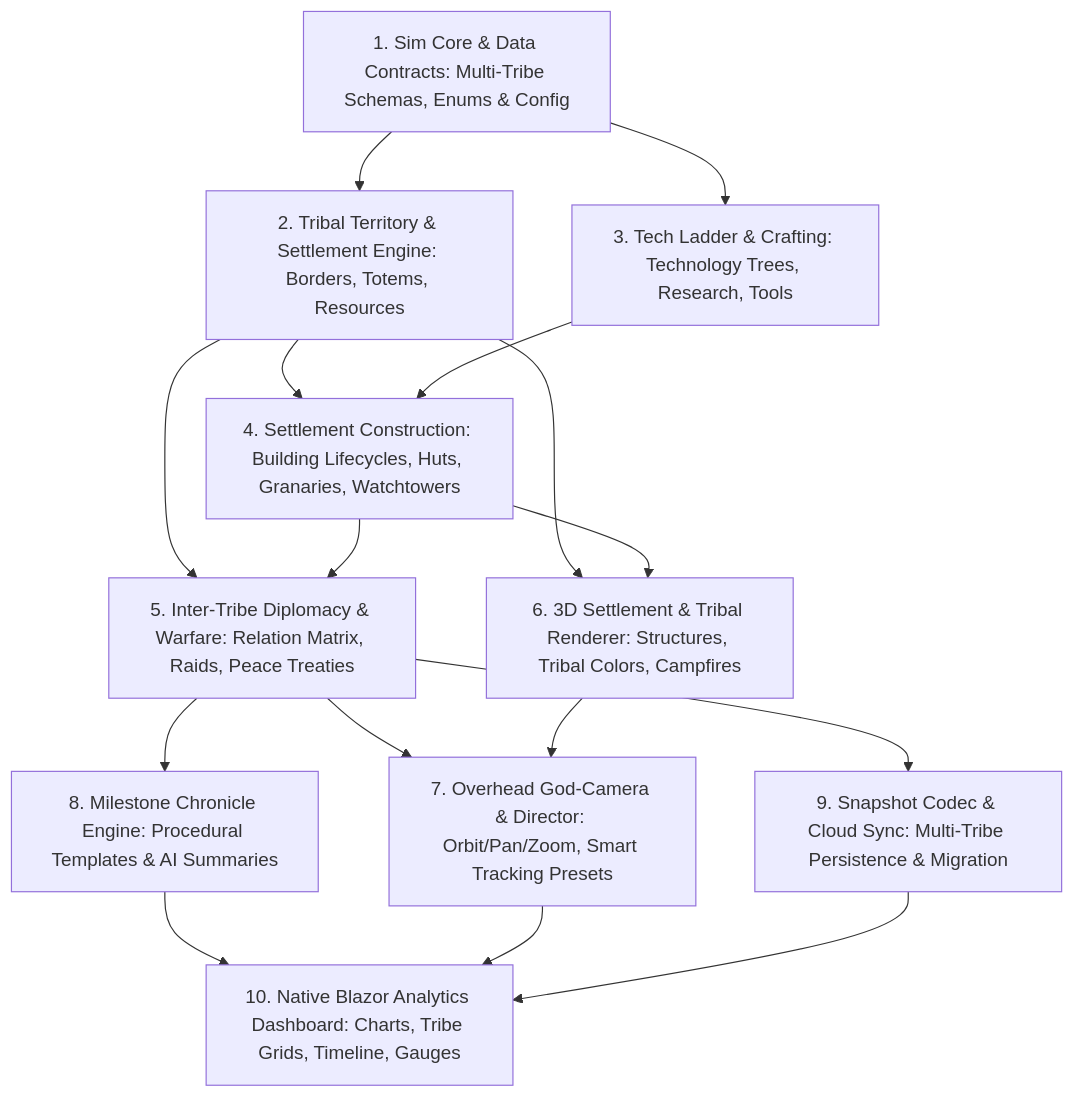
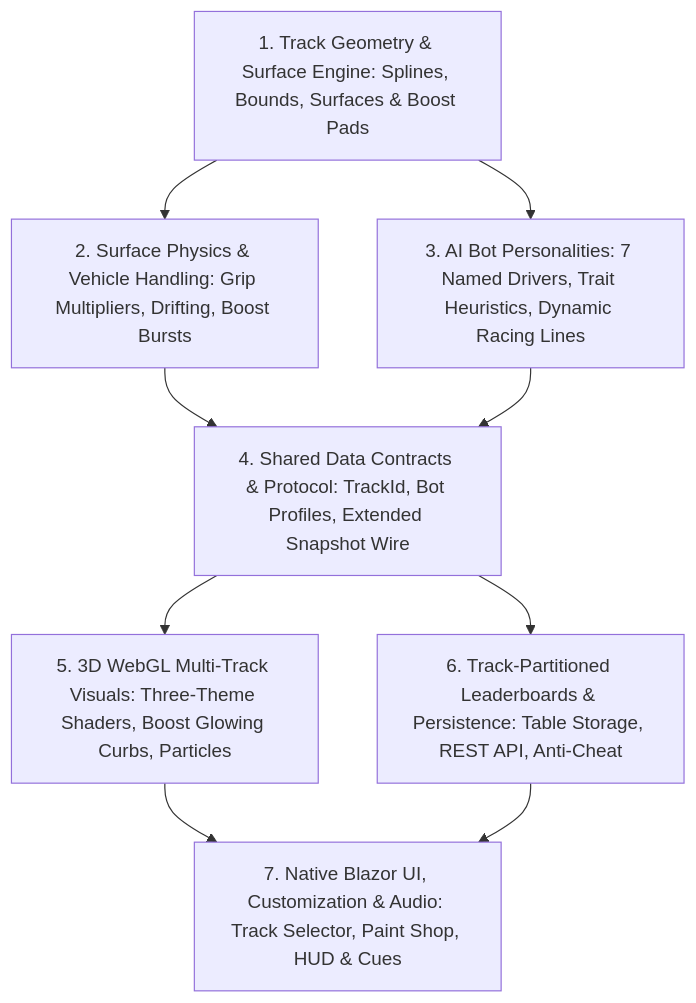
Before and after one commit to punkouter26/PoMiniGames: the diagram in CAPABILITY-MAP.md, drawn with Mermaid. The commit also changed other lines of this file and 6 other files, not shown here.

Commit message:
feat(poracer): implement track registry and spline geometry engine for 3 tracks

````diff
--- a/CAPABILITY-MAP.md
+++ b/CAPABILITY-MAP.md
@@ -5,18 +5,11 @@
 ```mermaid
 graph TD
-    M1[1. Sim Core & Data Contracts: Multi-Tribe Schemas, Enums & Config] --> M2[2. Tribal Territory & Settlement Engine: Borders, Totems, Resources]
-    M1 --> M3[3. Tech Ladder & Crafting: Technology Trees, Research, Tools]
-    M2 --> M4[4. Settlement Construction: Building Lifecycles, Huts, Granaries, Watchtowers]
+    M1[1. Track Geometry & Surface Engine: Splines, Bounds, Surfaces & Boost Pads] --> M2[2. Surface Physics & Vehicle Handling: Grip Multipliers, Drifting, Boost Bursts]
+    M1 --> M3[3. AI Bot Personalities: 7 Named Drivers, Trait Heuristics, Dynamic Racing Lines]
+    M2 --> M4[4. Shared Data Contracts & Protocol: TrackId, Bot Profiles, Extended Snapshot Wire]
     M3 --> M4
-    M2 --> M5[5. Inter-Tribe Diplomacy & Warfare: Relation Matrix, Raids, Peace Treaties]
-    M4 --> M5
-    M2 --> M6[6. 3D Settlement & Tribal Renderer: Structures, Tribal Colors, Campfires]
-    M4 --> M6
-    M5 --> M7[7. Overhead God-Camera & Director: Orbit/Pan/Zoom, Smart Tracking Presets]
+    M4 --> M5[5. 3D WebGL Multi-Track Visuals: Three-Theme Shaders, Boost Glowing Curbs, Particles]
+    M4 --> M6[6. Track-Partitioned Leaderboards & Persistence: Table Storage, REST API, Anti-Cheat]
+    M5 --> M7[7. Native Blazor UI, Customization & Audio: Track Selector, Paint Shop, HUD & Cues]
     M6 --> M7
-    M5 --> M8[8. Milestone Chronicle Engine: Procedural Templates & AI Summaries]
-    M5 --> M9[9. Snapshot Codec & Cloud Sync: Multi-Tribe Persistence & Migration]
-    M8 --> M10[10. Native Blazor Analytics Dashboard: Charts, Tribe Grids, Timeline, Gauges]
-    M7 --> M10
-    M9 --> M10
 ```
````
